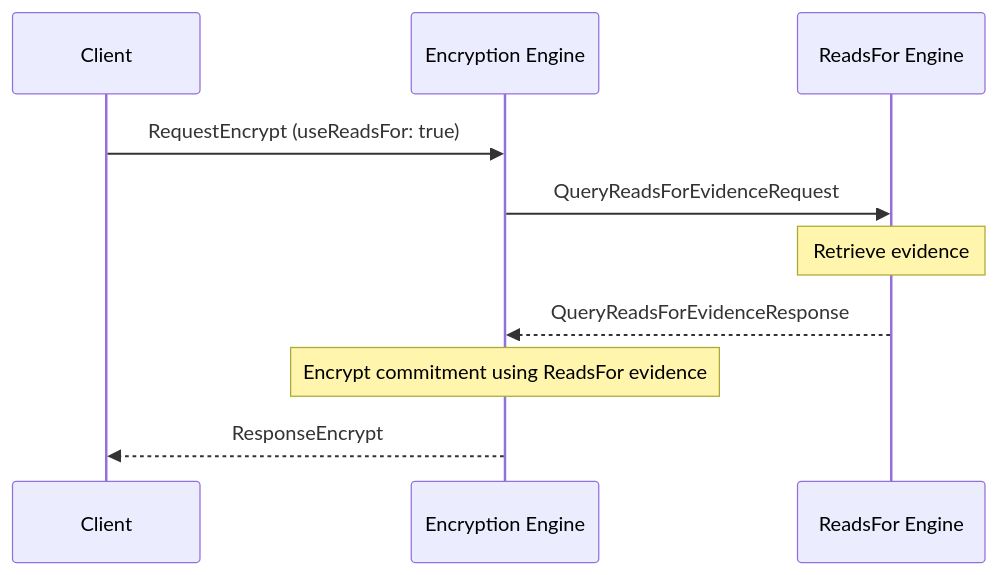
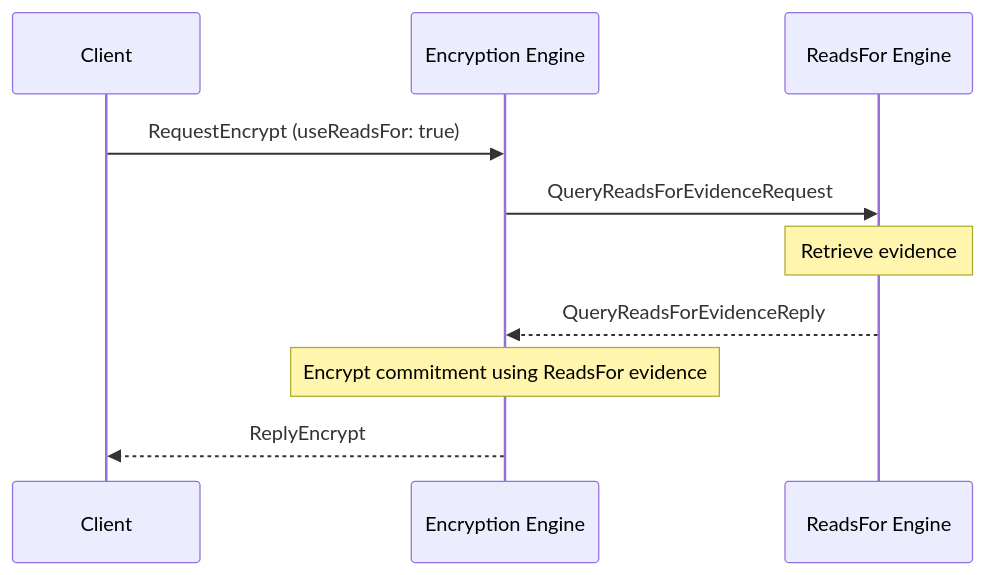
One commit to anoma/nspec changed the second of 2 diagrams in docs/arch/node/engines/encryption_messages.juvix.md. Above: the diagram before and after it, drawn with Mermaid. The commit also changed other lines of this file and 37 other files, not shown here.

Commit message:
Renamed all instances of "Response" to "Reply" in message interfaces for consistency across commitment, decryption, identity management, and other engines.

````diff
--- a/docs/arch/node/engines/encryption_messages.juvix.md
+++ b/docs/arch/node/engines/encryption_messages.juvix.md
@@ -54,13 +54,13 @@
 ```mermaid
 sequenceDiagram
     participant C as Client
     participant EE as Encryption Engine
     participant RE as ReadsFor Engine
 
     C->>EE: RequestEncrypt (useReadsFor: true)
     EE->>RE: QueryReadsForEvidenceRequest
     Note over RE: Retrieve evidence
-    RE-->>EE: QueryReadsForEvidenceResponse
+    RE-->>EE: QueryReadsForEvidenceReply
     Note over EE: Encrypt commitment using ReadsFor evidence
-    EE-->>C: ResponseEncrypt
+    EE-->>C: ReplyEncrypt
 ```
````
